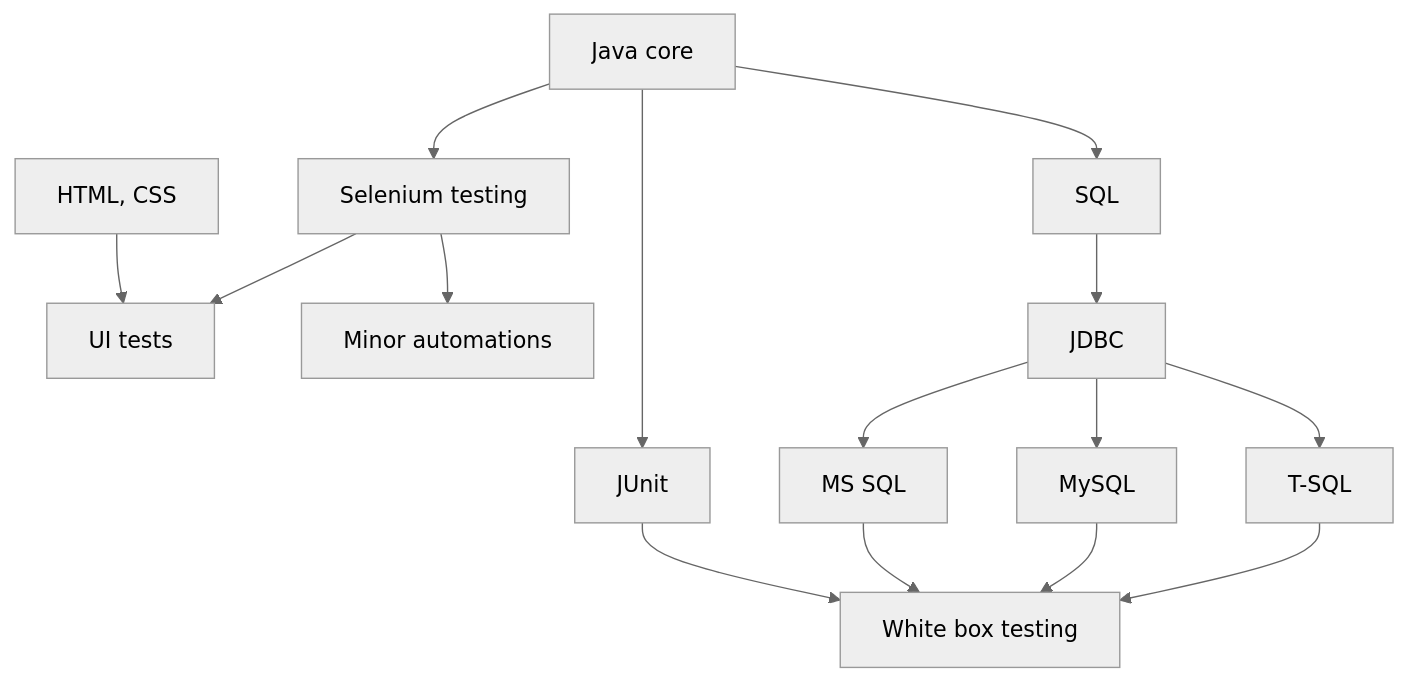
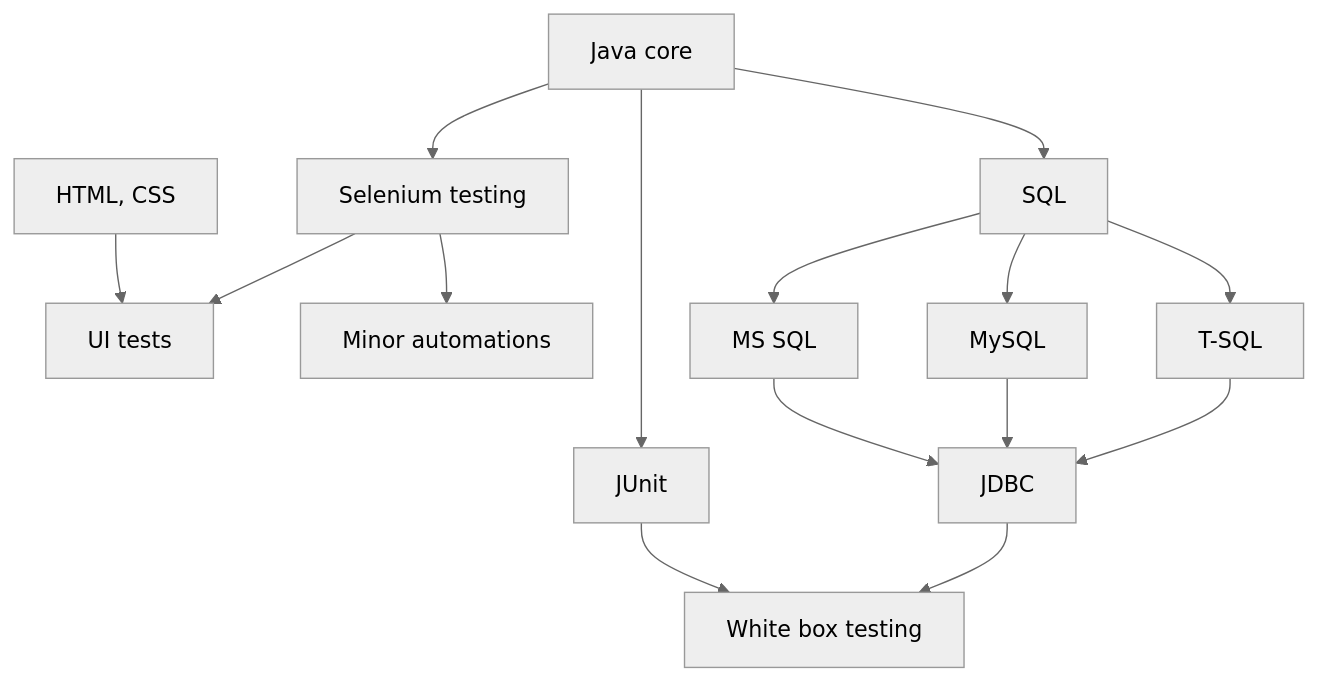
One commit to Eekain/Eekain changed the diagram in README.md. Above: the diagram before and after it, drawn with Mermaid (neutral theme).

Commit message:
Rearrange Mermaid

````diff
--- a/README.md
+++ b/README.md
@@ -19,16 +19,16 @@
 ```mermaid
   graph TD;
       A[Java core] --> B[Selenium testing];
       A --> C[SQL];
       D[HTML, CSS] --> E[UI tests];
       B --> E;
       B --> F[Minor automations];
-      C --> G[JDBC];
-      G --> H[MS SQL];
-      G --> I[MySQL];
-      G --> J[T-SQL];
+      C --> H[MS SQL];
+      C --> I[MySQL];
+      C --> J[T-SQL];
       A --> L[JUnit] --> K[White box testing];
-      H --> K;
-      I --> K;
-      J --> K;
+      H --> G[JDBC];
+      I --> G;
+      J --> G;
+      G --> K;
 ```
````
